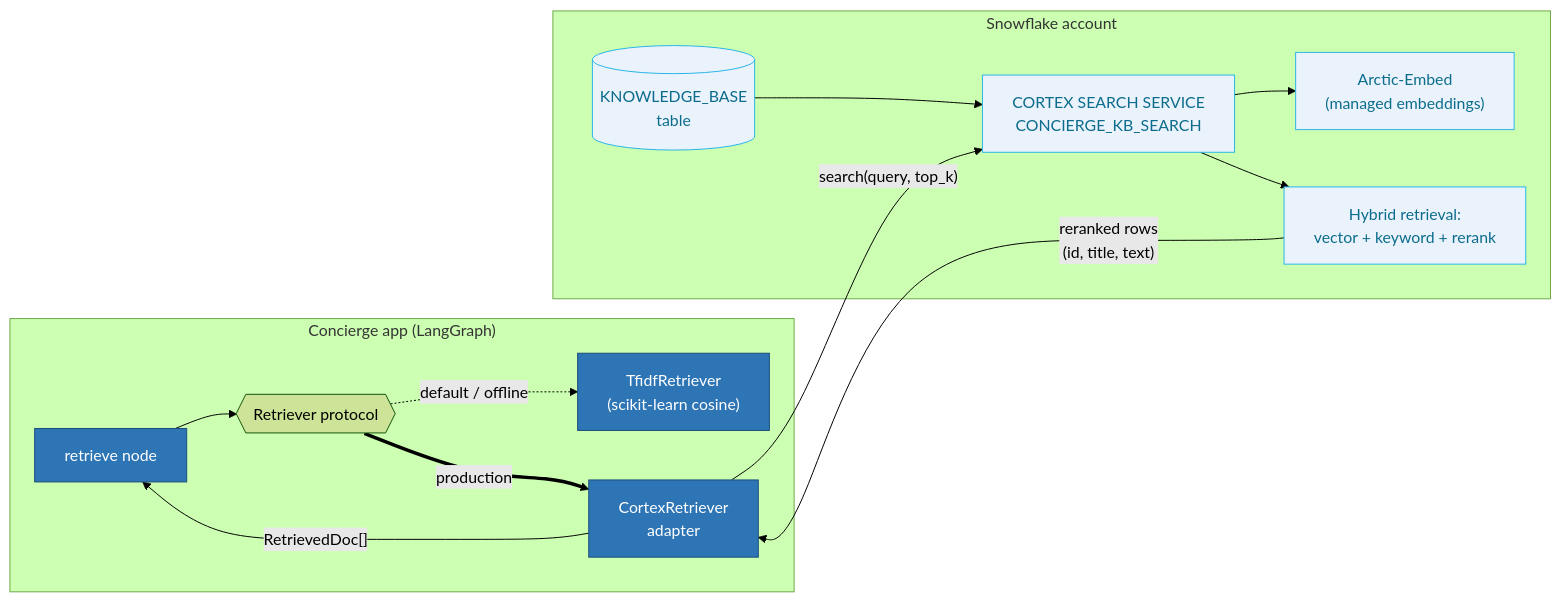
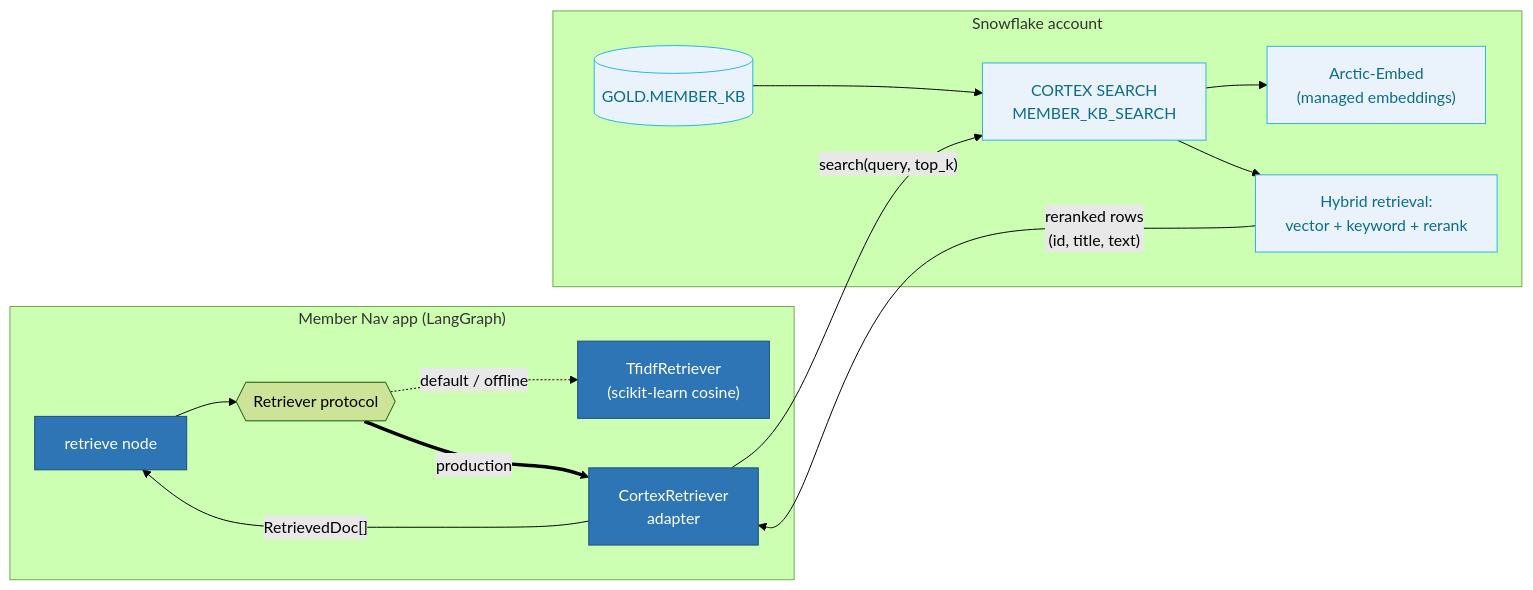
Before and after one commit to sbecker11/healthcare-agentic-snowflake-rag: the third of 4 diagrams in README.md, drawn with Mermaid (forest theme). The commit also changed other lines of this file and 30 other files, not shown here.

First line of the commit message:
Rebrand to Member Nav with Snowflake medallion semantic layer.

````diff
--- a/README.md
+++ b/README.md
@@ -118,23 +119,23 @@
 ```mermaid
 flowchart LR
-    subgraph APP["Concierge app (LangGraph)"]
+    subgraph APP["Member Nav app (LangGraph)"]
         GNODE["retrieve node"] --> PROTO{{"Retriever protocol"}}
         PROTO -. "default / offline" .-> TFIDF["TfidfRetriever<br/>(scikit-learn cosine)"]
         PROTO == "production" ==> CORTEX["CortexRetriever<br/>adapter"]
     end
 
     subgraph SNOW["Snowflake account"]
-        KB[("KNOWLEDGE_BASE<br/>table")] --> SVC["CORTEX SEARCH SERVICE<br/>CONCIERGE_KB_SEARCH"]
+        KB[("GOLD.MEMBER_KB")] --> SVC["CORTEX SEARCH<br/>MEMBER_KB_SEARCH"]
         SVC --> EMB["Arctic-Embed<br/>(managed embeddings)"]
         SVC --> HYB["Hybrid retrieval:<br/>vector + keyword + rerank"]
     end
 
     CORTEX -- "search(query, top_k)" --> SVC
     HYB -- "reranked rows<br/>(id, title, text)" --> CORTEX
     CORTEX -- "RetrievedDoc[]" --> GNODE
 
     classDef app fill:#2E75B6,stroke:#1b4d7a,color:#fff;
     classDef snow fill:#eaf3fb,stroke:#29b5e8,color:#0b6c8c;
     class GNODE,TFIDF,CORTEX app;
     class KB,SVC,EMB,HYB snow;
 ```
````
